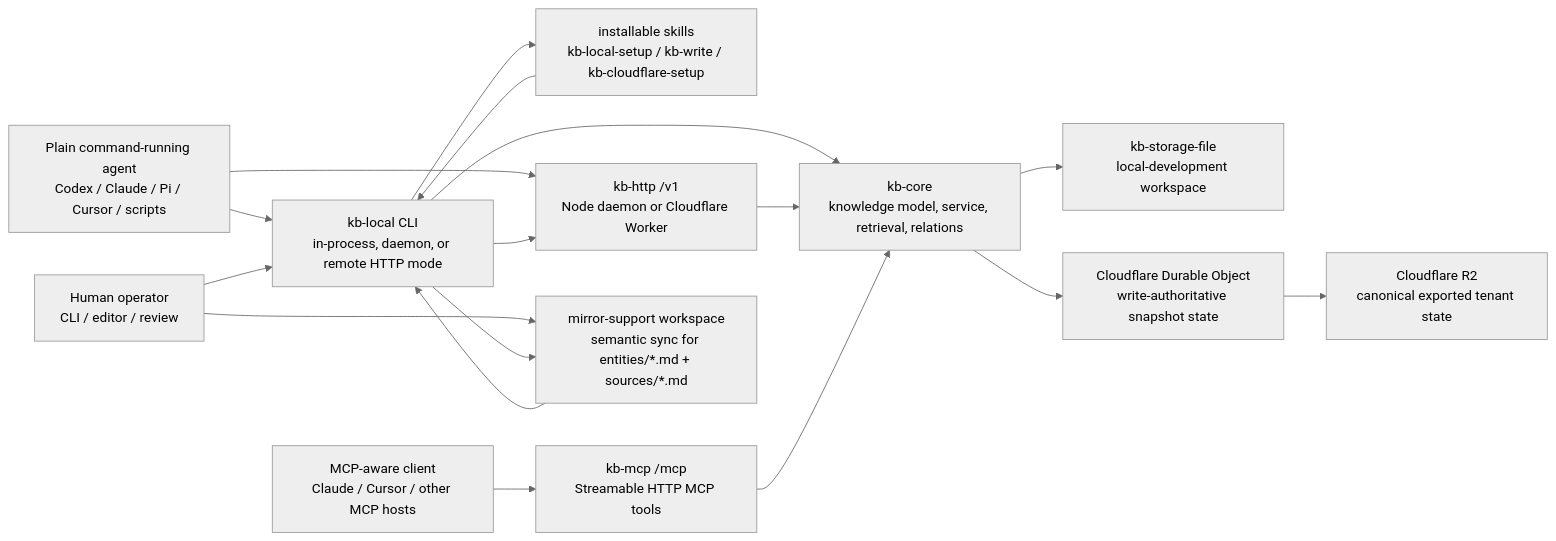
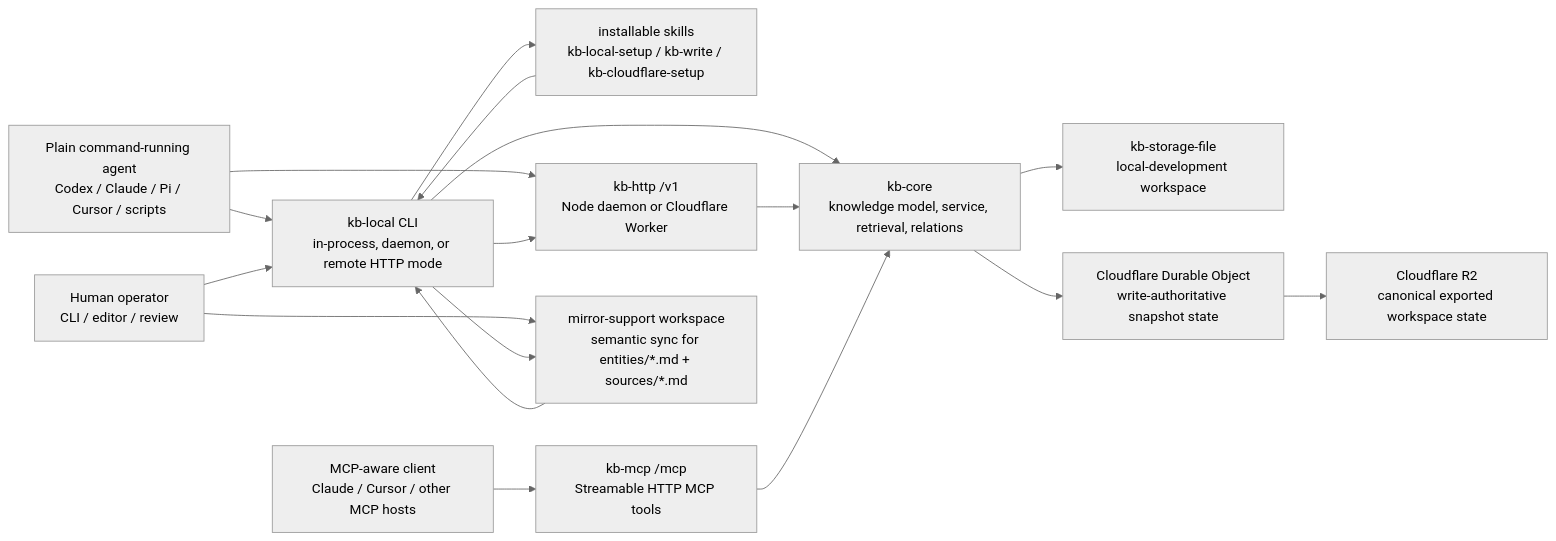
The diagram in README.md (emmassist-co/kb), drawn with Mermaid (neutral theme) before and after one commit. The commit also changed other lines of this file and 22 other files, not shown here.

````diff
--- a/README.md
+++ b/README.md
@@ -112,32 +111,32 @@
 ```mermaid
 flowchart LR
   Agent["Plain command-running agent\nCodex / Claude / Pi / Cursor / scripts"]
   McpClient["MCP-aware client\nClaude / Cursor / other MCP hosts"]
   Human["Human operator\nCLI / editor / review"]
   CLI["kb-local CLI\nin-process, daemon, or remote HTTP mode"]
   Skills["installable skills\nkb-local-setup / kb-write / kb-cloudflare-setup"]
   HTTP["kb-http /v1\nNode daemon or Cloudflare Worker"]
   MCP["kb-mcp /mcp\nStreamable HTTP MCP tools"]
   Core["kb-core\nknowledge model, service, retrieval, relations"]
   File["kb-storage-file\nlocal-development workspace"]
   DO["Cloudflare Durable Object\nwrite-authoritative snapshot state"]
-  R2["Cloudflare R2\ncanonical exported tenant state"]
+  R2["Cloudflare R2\ncanonical exported workspace state"]
   Mirror["mirror-support workspace\nsemantic sync for entities/*.md + sources/*.md"]
 
   Agent --> CLI
   Agent --> HTTP
   McpClient --> MCP
   Human --> CLI
   Human --> Mirror
   CLI --> Skills
   Skills --> CLI
   CLI --> HTTP
   CLI --> Core
   HTTP --> Core
   MCP --> Core
   Core --> File
   Core --> DO
   DO --> R2
   Mirror --> CLI
   CLI --> Mirror
 ```
````
